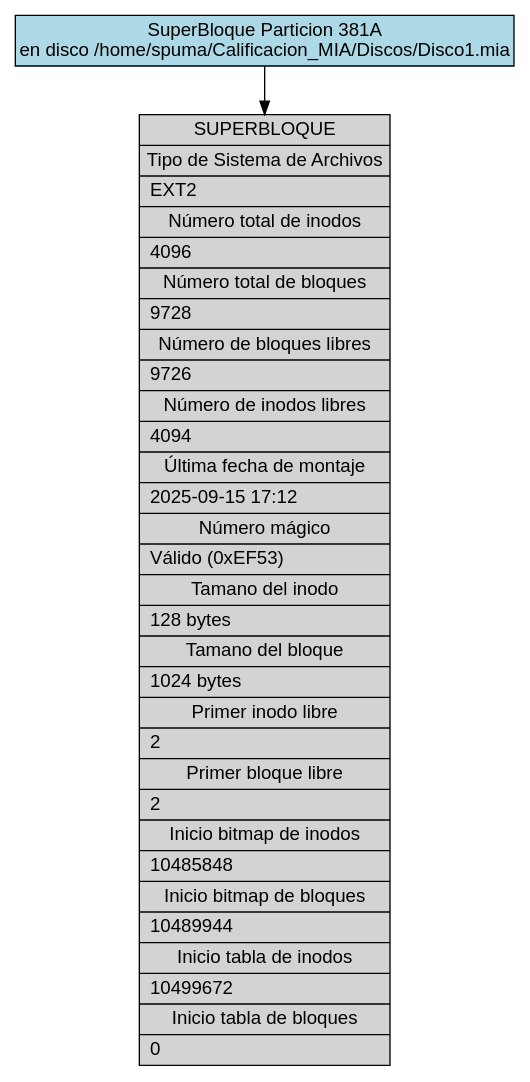
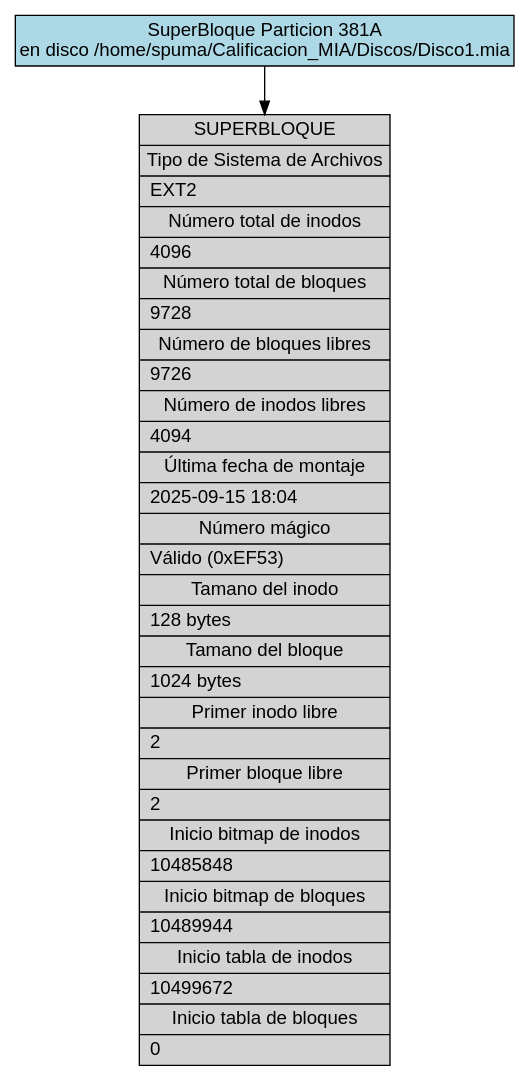
The diagram in backend/provider/reports/src/sb_381A.dot (DiegVas/MIA_2S2025_P1_202300638), drawn with Graphviz before and after one commit. The commit also changed 6 other files, not shown here.

```diff
--- a/backend/provider/reports/src/sb_381A.dot
+++ b/backend/provider/reports/src/sb_381A.dot
@@ -1,13 +1,13 @@
 digraph Superblock_Report {
     rankdir=TB;
     node [shape=record, fontname="Arial"];
     edge [fontname="Arial"];
     graph [fontname="Arial"];
 
     title [label="SuperBloque Particion 381A\nen disco /home/spuma/Calificacion_MIA/Discos/Disco1.mia", shape=box, style=filled, fillcolor=lightblue];
 
-    superblock [label="{SUPERBLOQUE|Tipo de Sistema de Archivos|EXT2\l|Número total de inodos|4096\l|Número total de bloques|9728\l|Número de bloques libres|9726\l|Número de inodos libres|4094\l|Última fecha de montaje|2025-09-15 17:12\l|Número mágico|Válido (0xEF53)\l|Tamano del inodo|128 bytes\l|Tamano del bloque|1024 bytes\l|Primer inodo libre|2\l|Primer bloque libre|2\l|Inicio bitmap de inodos|10485848\l|Inicio bitmap de bloques|10489944\l|Inicio tabla de inodos|10499672\l|Inicio tabla de bloques|0\l}", style=filled, fillcolor=lightgray];
+    superblock [label="{SUPERBLOQUE|Tipo de Sistema de Archivos|EXT2\l|Número total de inodos|4096\l|Número total de bloques|9728\l|Número de bloques libres|9726\l|Número de inodos libres|4094\l|Última fecha de montaje|2025-09-15 18:04\l|Número mágico|Válido (0xEF53)\l|Tamano del inodo|128 bytes\l|Tamano del bloque|1024 bytes\l|Primer inodo libre|2\l|Primer bloque libre|2\l|Inicio bitmap de inodos|10485848\l|Inicio bitmap de bloques|10489944\l|Inicio tabla de inodos|10499672\l|Inicio tabla de bloques|0\l}", style=filled, fillcolor=lightgray];
 
     title -> superblock;
 
 }
```
